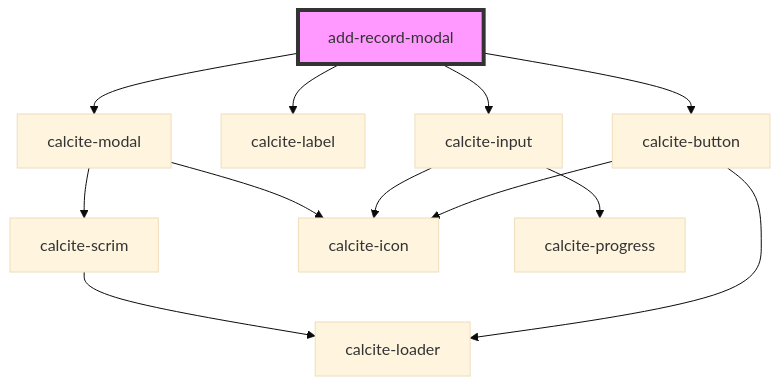
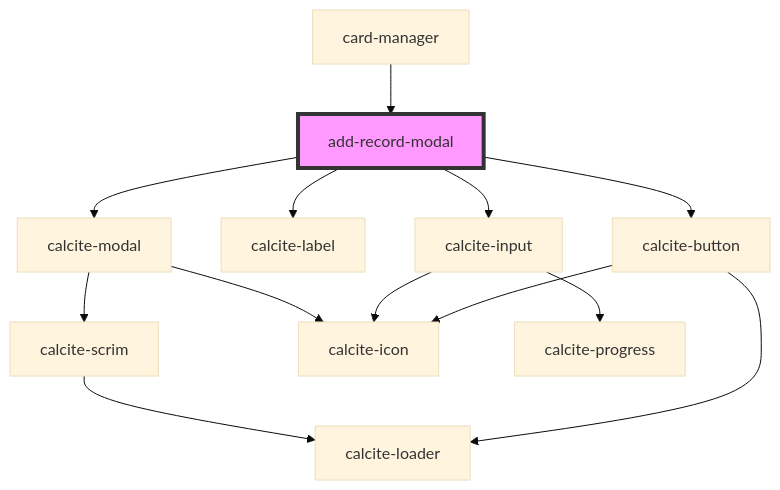
Before and after one commit to Esri/solutions-components: the diagram in src/components/add-record-modal/readme.md, drawn with Mermaid (base theme). The commit also changed other lines of this file and 10 other files, not shown here.

````diff
--- a/src/components/add-record-modal/readme.md
+++ b/src/components/add-record-modal/readme.md
@@ -25,15 +37,16 @@
 ```mermaid
 graph TD;
   add-record-modal --> calcite-modal
   add-record-modal --> calcite-label
   add-record-modal --> calcite-input
   add-record-modal --> calcite-button
   calcite-modal --> calcite-scrim
   calcite-modal --> calcite-icon
   calcite-scrim --> calcite-loader
   calcite-input --> calcite-progress
   calcite-input --> calcite-icon
   calcite-button --> calcite-loader
   calcite-button --> calcite-icon
+  card-manager --> add-record-modal
   style add-record-modal fill:#f9f,stroke:#333,stroke-width:4px
 ```
````
